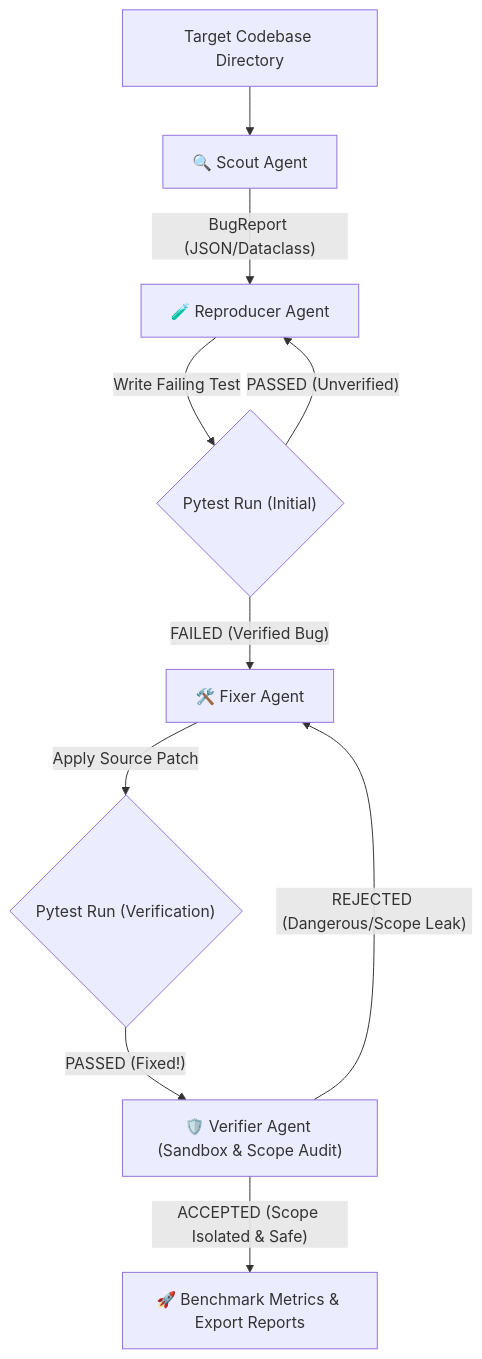
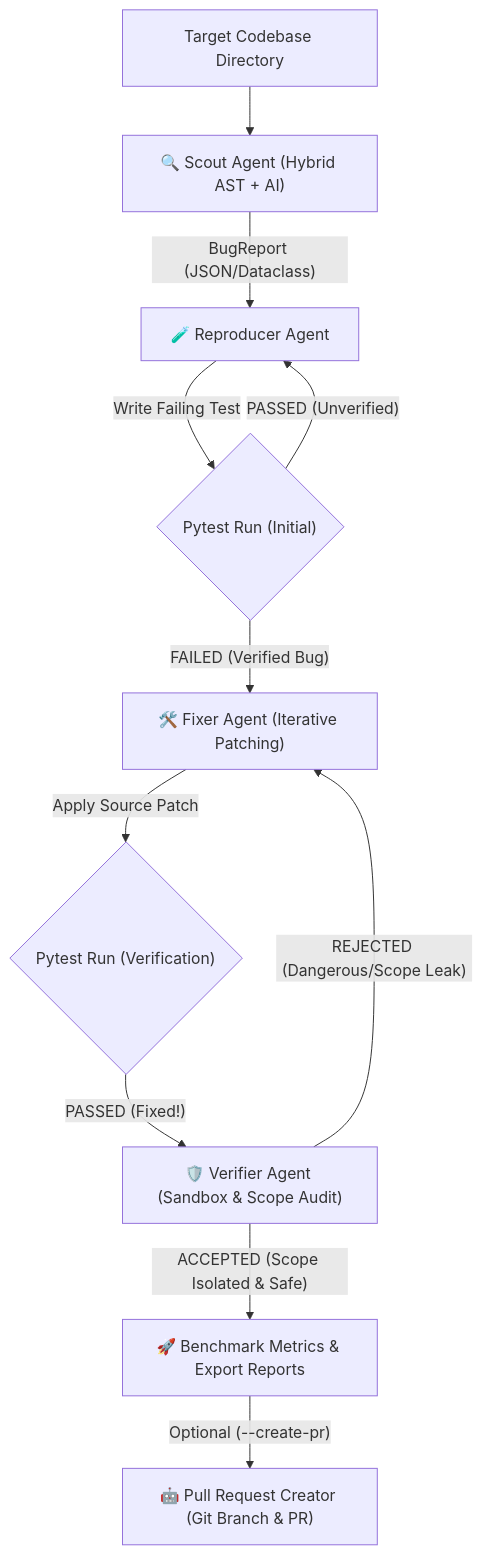
One commit to talhakaramavus/self_healing_bug_hunter changed the diagram in README.md. Above: the diagram before and after it, drawn with Mermaid. The commit also changed other lines of this file and 3 other files, not shown here.

Commit message:
feat: add multi-language support, AST static analysis, iterative repair loop, and automated PR creator

````diff
--- a/README.md
+++ b/README.md
@@ -29,12 +40,13 @@
 ```mermaid
 graph TD
-    A["Target Codebase Directory"] --> B["🔍 Scout Agent"]
+    A["Target Codebase Directory"] --> B["🔍 Scout Agent (Hybrid AST + AI)"]
     B -- "BugReport (JSON/Dataclass)" --> C["🧪 Reproducer Agent"]
     C -- "Write Failing Test" --> D{"Pytest Run (Initial)"}
-    D -- "FAILED (Verified Bug)" --> E["🛠️ Fixer Agent"]
+    D -- "FAILED (Verified Bug)" --> E["🛠️ Fixer Agent (Iterative Patching)"]
     D -- "PASSED (Unverified)" --> C
     E -- "Apply Source Patch" --> F{"Pytest Run (Verification)"}
     F -- "PASSED (Fixed!)" --> G["🛡️ Verifier Agent (Sandbox & Scope Audit)"]
     G -- "ACCEPTED (Scope Isolated & Safe)" --> H["🚀 Benchmark Metrics & Export Reports"]
     G -- "REJECTED (Dangerous/Scope Leak)" --> E
+    H -- "Optional (--create-pr)" --> I["🤖 Pull Request Creator (Git Branch & PR)"]
 ```
````
